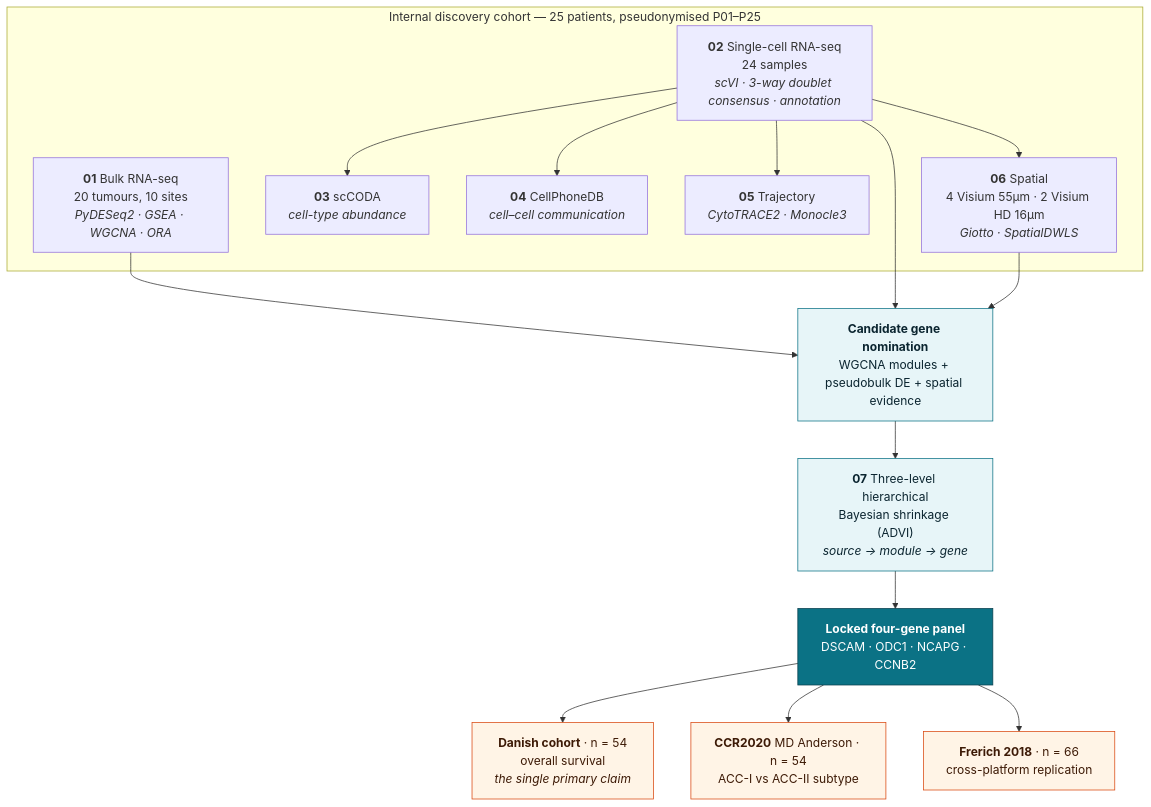
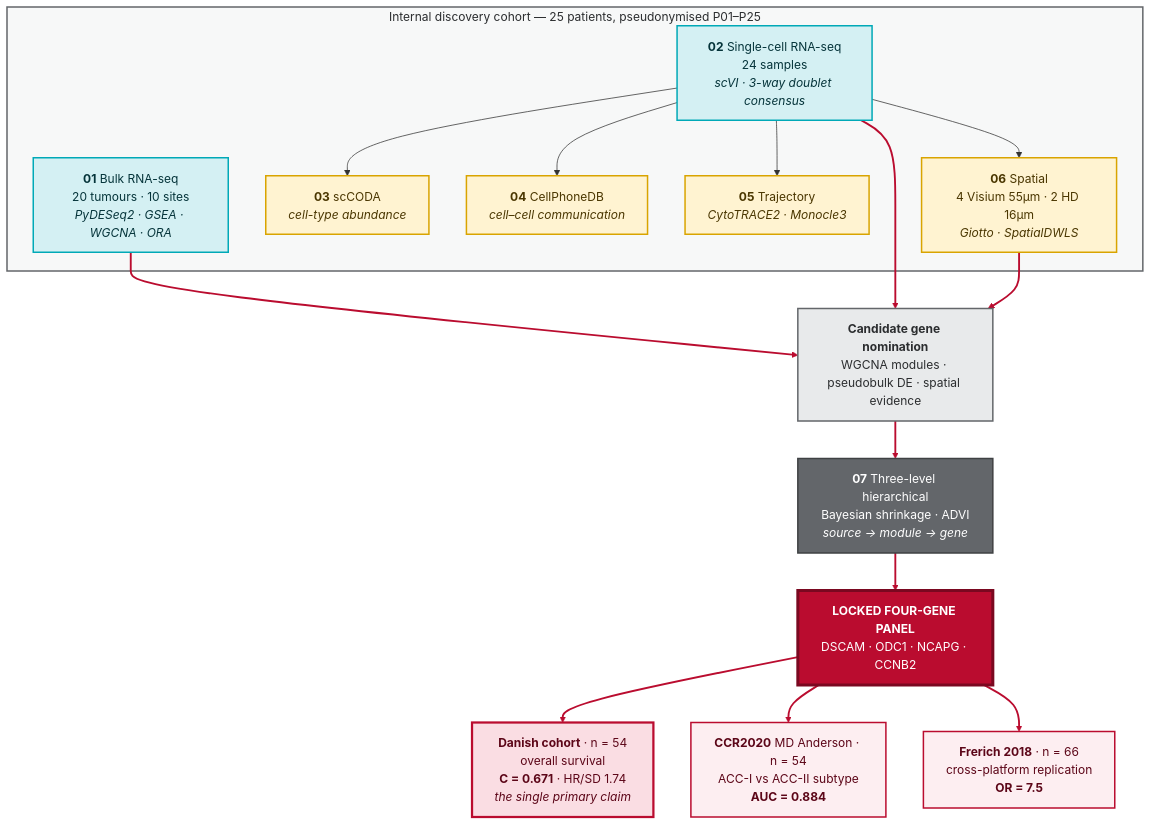
Before and after one commit to Gopikrishnan-Bijukumar/Multi-omic-Human-Head-and-Neck-ACC-analysis: the diagram in README.md, drawn with Mermaid. The commit also changed other lines of this file, not shown here.

Commit message:
README: UNM-coloured pipeline diagram, drop data availability section
Recolours the mermaid flowchart in the UNM palette - Cherry for the locked
panel and the external validation spine, Turquoise for the primary assays,
Zia Yellow for the single-cell derived analyses, Silver for the modelling
stages - and surfaces the headline validation numbers on the cohort nodes.

Removes the data availability section, to be written once the manuscript is
published. The pseudonym statement and the ModelOutcome1/2 rename note moved
to Getting started: the latter is needed to run the scripts against the
original h5ad.

````diff
--- a/README.md
+++ b/README.md
@@ -49,34 +49,44 @@
 ```mermaid
 flowchart TD
     subgraph DISC["Internal discovery cohort — 25 patients, pseudonymised P01–P25"]
-        B["<b>01</b> Bulk RNA-seq<br/>20 tumours, 10 sites<br/><i>PyDESeq2 · GSEA · WGCNA · ORA</i>"]
-        S["<b>02</b> Single-cell RNA-seq<br/>24 samples<br/><i>scVI · 3-way doublet consensus · annotation</i>"]
+        B["<b>01</b> Bulk RNA-seq<br/>20 tumours · 10 sites<br/><i>PyDESeq2 · GSEA · WGCNA · ORA</i>"]
+        S["<b>02</b> Single-cell RNA-seq<br/>24 samples<br/><i>scVI · 3-way doublet consensus</i>"]
         C["<b>03</b> scCODA<br/><i>cell-type abundance</i>"]
         P["<b>04</b> CellPhoneDB<br/><i>cell–cell communication</i>"]
         T["<b>05</b> Trajectory<br/><i>CytoTRACE2 · Monocle3</i>"]
-        X["<b>06</b> Spatial<br/>4 Visium 55µm · 2 Visium HD 16µm<br/><i>Giotto · SpatialDWLS</i>"]
+        X["<b>06</b> Spatial<br/>4 Visium 55µm · 2 HD 16µm<br/><i>Giotto · SpatialDWLS</i>"]
     end
 
     S --> C
     S --> P
     S --> T
     S --> X
 
-    B --> CAND["<b>Candidate gene nomination</b><br/>WGCNA modules + pseudobulk DE + spatial evidence"]
-    S --> CAND
-    X --> CAND
+    B ==> CAND["<b>Candidate gene nomination</b><br/>WGCNA modules · pseudobulk DE · spatial evidence"]
+    S ==> CAND
+    X ==> CAND
 
-    CAND --> BAYES["<b>07</b> Three-level hierarchical<br/>Bayesian shrinkage (ADVI)<br/><i>source → module → gene</i>"]
-    BAYES --> PANEL["<b>Locked four-gene panel</b><br/>DSCAM · ODC1 · NCAPG · CCNB2"]
+    CAND ==> BAYES["<b>07</b> Three-level hierarchical<br/>Bayesian shrinkage · ADVI<br/><i>source → module → gene</i>"]
+    BAYES ==> PANEL["<b>LOCKED FOUR-GENE PANEL</b><br/>DSCAM · ODC1 · NCAPG · CCNB2"]
 
-    PANEL --> DK["<b>Danish cohort</b> · n = 54<br/>overall survival<br/><i>the single primary claim</i>"]
-    PANEL --> CCR["<b>CCR2020</b> MD Anderson · n = 54<br/>ACC-I vs ACC-II subtype"]
-    PANEL --> FRE["<b>Frerich 2018</b> · n = 66<br/>cross-platform replication"]
+    PANEL ==> DK["<b>Danish cohort</b> · n = 54<br/>overall survival<br/><b>C = 0.671</b> · HR/SD 1.74<br/><i>the single primary claim</i>"]
+    PANEL --> CCR["<b>CCR2020</b> MD Anderson · n = 54<br/>ACC-I vs ACC-II subtype<br/><b>AUC = 0.884</b>"]
+    PANEL --> FRE["<b>Frerich 2018</b> · n = 66<br/>cross-platform replication<br/><b>OR = 7.5</b>"]
 
-    style PANEL fill:#0b7285,stroke:#083f4d,color:#ffffff
-    style BAYES fill:#e7f5f8,stroke:#0b7285,color:#0b2530
-    style CAND fill:#e7f5f8,stroke:#0b7285,color:#0b2530
-    style DK fill:#fff4e6,stroke:#d9480f,color:#3d1a06
-    style CCR fill:#fff4e6,stroke:#d9480f,color:#3d1a06
-    style FRE fill:#fff4e6,stroke:#d9480f,color:#3d1a06
+    %% ---- UNM palette: Cherry #BA0C2F, Turquoise #00A9B7, Zia Yellow #FFC72C, Silver #63666A
+    style DISC fill:#f7f8f8,stroke:#63666A,stroke-width:2px,color:#2b2d2f
+    style B    fill:#d4f0f3,stroke:#00A9B7,stroke-width:2px,color:#05343a
+    style S    fill:#d4f0f3,stroke:#00A9B7,stroke-width:2px,color:#05343a
+    style C    fill:#fff3d1,stroke:#D9A400,stroke-width:2px,color:#4a3600
+    style P    fill:#fff3d1,stroke:#D9A400,stroke-width:2px,color:#4a3600
+    style T    fill:#fff3d1,stroke:#D9A400,stroke-width:2px,color:#4a3600
+    style X    fill:#fff3d1,stroke:#D9A400,stroke-width:2px,color:#4a3600
+    style CAND  fill:#e8eaeb,stroke:#63666A,stroke-width:2px,color:#2b2d2f
+    style BAYES fill:#63666A,stroke:#3f4143,stroke-width:2px,color:#ffffff
+    style PANEL fill:#BA0C2F,stroke:#7A0820,stroke-width:4px,color:#ffffff
+    style DK  fill:#fadde3,stroke:#BA0C2F,stroke-width:3px,color:#5c0618
+    style CCR fill:#fdeef1,stroke:#BA0C2F,stroke-width:2px,color:#5c0618
+    style FRE fill:#fdeef1,stroke:#BA0C2F,stroke-width:2px,color:#5c0618
+
+    linkStyle 4,5,6,7,8,9,10,11 stroke:#BA0C2F,stroke-width:2.5px
 ```
````
